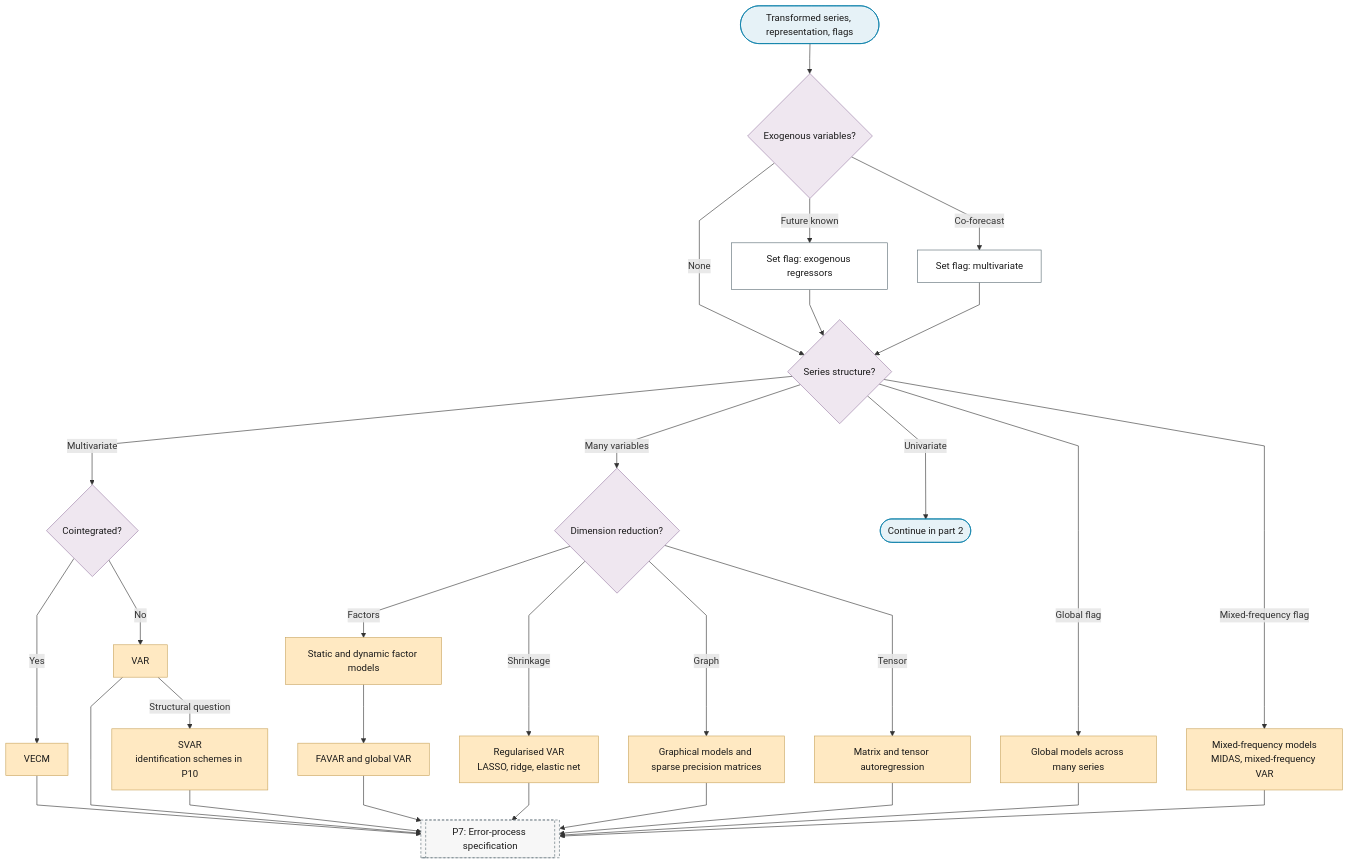
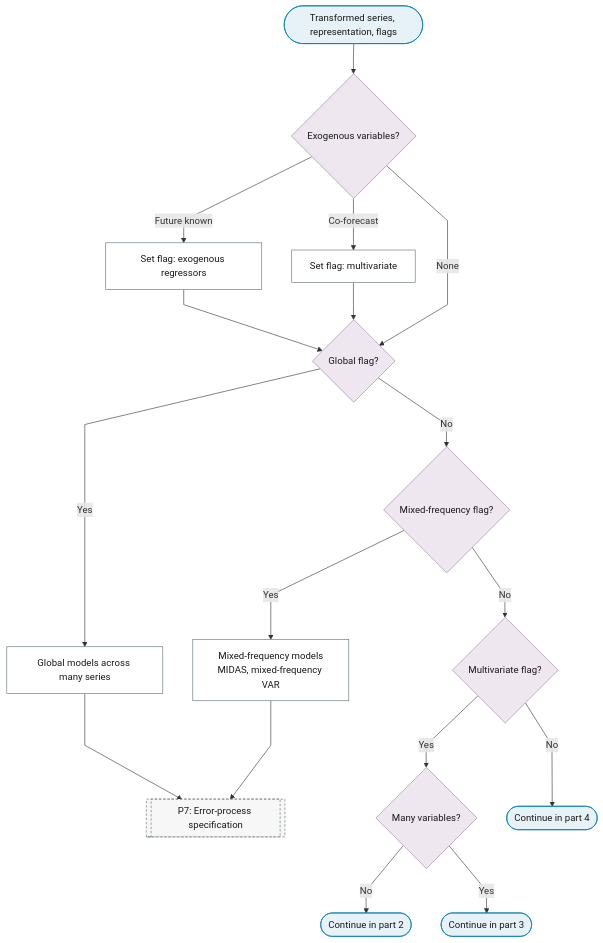
One commit to Shuxin-Y/time-series-analysis-manual changed the first of 10 diagrams in docs/01-workflow/p06-mean-model-class.md. Above: the diagram before and after it, drawn with Mermaid. The commit also changed other lines of this file, not shown here.

First line of the commit message:
fix(flowchart): P6 routes on one flag at a time and offers BVAR to multivariate readers

````diff
--- a/docs/01-workflow/p06-mean-model-class.md
+++ b/docs/01-workflow/p06-mean-model-class.md
@@ -11,38 +11,30 @@
 ```mermaid
 %%{init: {"flowchart": {"curve": "linear"}}}%%
 graph TD
     P6_IN(["Transformed series, representation, flags"]) --> P6_EXOGENOUS{"Exogenous variables?"}
     P6_EXOGENOUS -->|"Future known"| P6_EXOG_FLAG["Set flag: exogenous regressors"]
     P6_EXOGENOUS -->|"Co-forecast"| P6_MULTI_FLAG["Set flag: multivariate"]
-    P6_EXOGENOUS -->|"None"| P6_SCALE
-    P6_EXOG_FLAG & P6_MULTI_FLAG --> P6_SCALE{"Series structure?"}
-    P6_SCALE -->|"Global flag"| P6_GLOBAL_MODELS["Global models across many series"]
-    P6_SCALE -->|"Multivariate"| P6_COINTEGRATED{"Cointegrated?"}
-    P6_SCALE -->|"Many variables"| P6_DIMENSION{"Dimension reduction?"}
-    P6_SCALE -->|"Mixed-frequency flag"| P6_MIXED_FREQUENCY["Mixed-frequency models<br/>MIDAS, mixed-frequency VAR"]
-    P6_SCALE -->|"Univariate"| P6_TO_PART_2(["Continue in part 2"])
-    P6_COINTEGRATED -->|"Yes"| P6_VECM["VECM"]
-    P6_COINTEGRATED -->|"No"| P6_VAR["VAR"]
-    P6_VAR -->|"Structural question"| P6_SVAR["SVAR<br/>identification schemes in P10"]
-    P6_DIMENSION -->|"Factors"| P6_FACTOR_MODELS["Static and dynamic factor models"]
-    P6_DIMENSION -->|"Shrinkage"| P6_REGULARISED_VAR["Regularised VAR<br/>LASSO, ridge, elastic net"]
-    P6_DIMENSION -->|"Graph"| P6_GRAPHICAL_MODELS["Graphical models and sparse precision matrices"]
-    P6_DIMENSION -->|"Tensor"| P6_TENSOR_AR["Matrix and tensor autoregression"]
-    P6_FACTOR_MODELS --> P6_FAVAR["FAVAR and global VAR"]
-    P6_VECM & P6_VAR & P6_SVAR & P6_FAVAR --> P7
-    P6_REGULARISED_VAR & P6_GRAPHICAL_MODELS & P6_TENSOR_AR --> P7
+    P6_EXOGENOUS -->|"None"| P6_GLOBAL_Q
+    P6_EXOG_FLAG & P6_MULTI_FLAG --> P6_GLOBAL_Q{"Global flag?"}
+    P6_GLOBAL_Q -->|"Yes"| P6_GLOBAL_MODELS["Global models across many series"]
+    P6_GLOBAL_Q -->|"No"| P6_MIXED_Q{"Mixed-frequency flag?"}
+    P6_MIXED_Q -->|"Yes"| P6_MIXED_FREQUENCY["Mixed-frequency models<br/>MIDAS, mixed-frequency VAR"]
+    P6_MIXED_Q -->|"No"| P6_MULTI_Q{"Multivariate flag?"}
+    P6_MULTI_Q -->|"Yes"| P6_MANY_Q{"Many variables?"}
+    P6_MULTI_Q -->|"No"| P6_TO_PART_4(["Continue in part 4"])
+    P6_MANY_Q -->|"No"| P6_TO_PART_2(["Continue in part 2"])
+    P6_MANY_Q -->|"Yes"| P6_TO_PART_3(["Continue in part 3"])
     P6_GLOBAL_MODELS & P6_MIXED_FREQUENCY --> P7[["P7: Error-process specification"]]
-    class P6_IN,P6_TO_PART_2 terminator
-    class P6_EXOGENOUS,P6_SCALE,P6_COINTEGRATED,P6_DIMENSION decision
-    class P6_EXOG_FLAG,P6_MULTI_FLAG process
-    class P6_GLOBAL_MODELS,P6_MIXED_FREQUENCY,P6_VECM,P6_VAR,P6_SVAR,P6_FACTOR_MODELS,P6_REGULARISED_VAR,P6_GRAPHICAL_MODELS,P6_TENSOR_AR,P6_FAVAR escalate
+    class P6_IN,P6_TO_PART_4,P6_TO_PART_2,P6_TO_PART_3 terminator
+    class P6_EXOGENOUS,P6_GLOBAL_Q,P6_MIXED_Q,P6_MULTI_Q,P6_MANY_Q decision
+    class P6_EXOG_FLAG,P6_MULTI_FLAG,P6_GLOBAL_MODELS,P6_MIXED_FREQUENCY process
     class P7 ref
     classDef terminator fill:#E6F2F7,stroke:#007BA7,color:#1A1A1A;
     classDef process fill:#FFFFFF,stroke:#5A6B73,color:#1A1A1A;
     classDef decision fill:#EFE7F0,stroke:#9B7FA7,color:#1A1A1A;
     classDef data fill:#FFF4E0,stroke:#C9A55E,color:#1A1A1A;
     classDef good fill:#DCEFD8,stroke:#4A7A3F,color:#1A1A1A;
     classDef escalate fill:#FFE9C2,stroke:#C9A55E,color:#1A1A1A;
     classDef problem fill:#F2D9DE,stroke:#800020,color:#1A1A1A;
     classDef ref fill:#F7F7F7,stroke:#5A6B73,color:#1A1A1A,stroke-dasharray:4 3;
 ```
````
